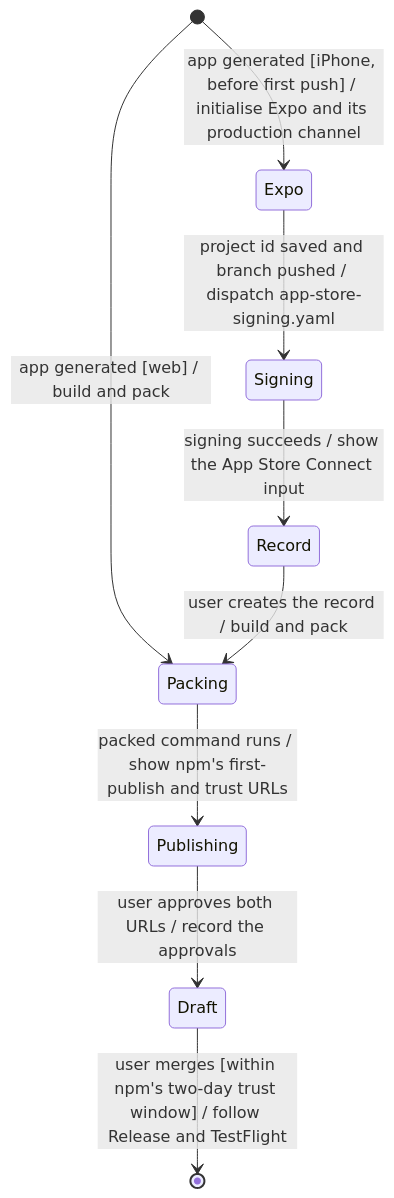
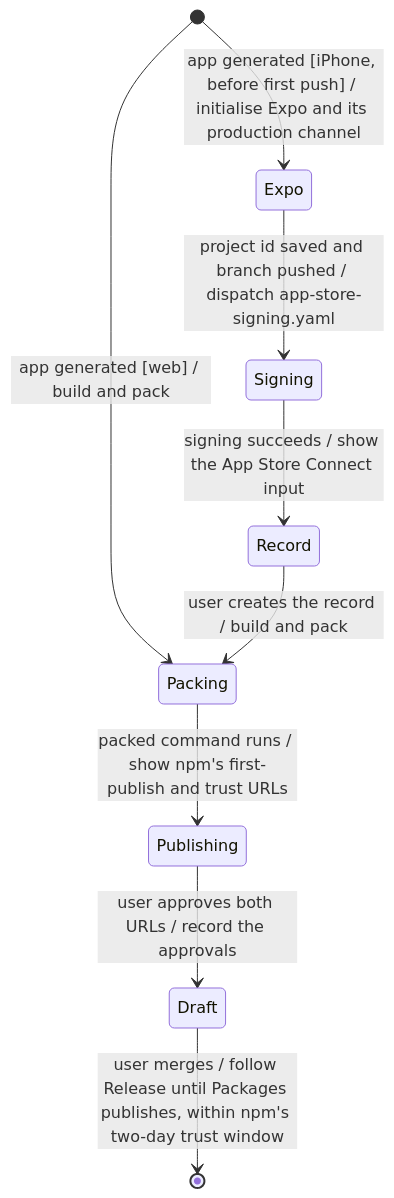
One commit to MP281X/deslop changed the diagram in .github/releasing.md. Above: the diagram before and after it, drawn with Mermaid. The commit also changed other lines of this file and 37 other files, not shown here.

````diff
--- a/.github/releasing.md
+++ b/.github/releasing.md
@@ -7,11 +10,11 @@
 ```mermaid
 stateDiagram-v2
     [*] --> Expo : app generated [iPhone, before first push] / initialise Expo and its production channel
     [*] --> Packing : app generated [web] / build and pack
     Expo --> Signing : project id saved and branch pushed / dispatch app-store-signing.yaml
     Signing --> Record : signing succeeds / show the App Store Connect input
     Record --> Packing : user creates the record / build and pack
     Packing --> Publishing : packed command runs / show npm's first-publish and trust URLs
     Publishing --> Draft : user approves both URLs / record the approvals
-    Draft --> [*] : user merges [within npm's two-day trust window] / follow Release and TestFlight
+    Draft --> [*] : user merges / follow Release until Packages publishes, within npm's two-day trust window
 ```
````
